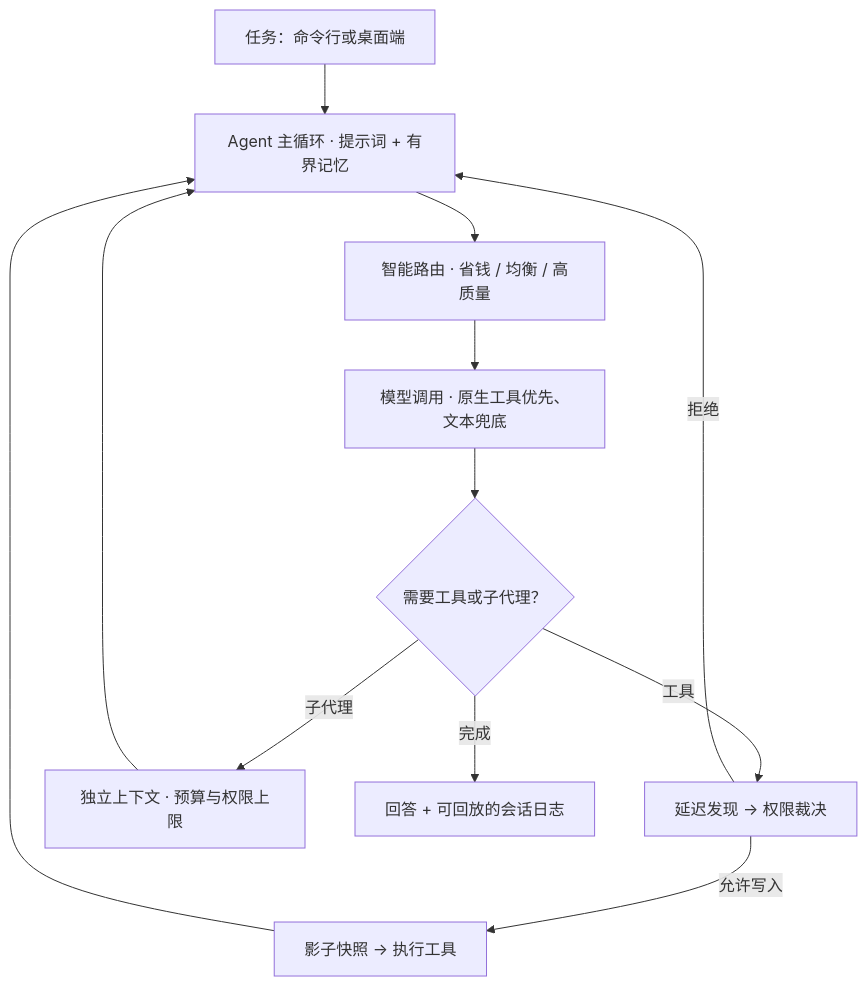
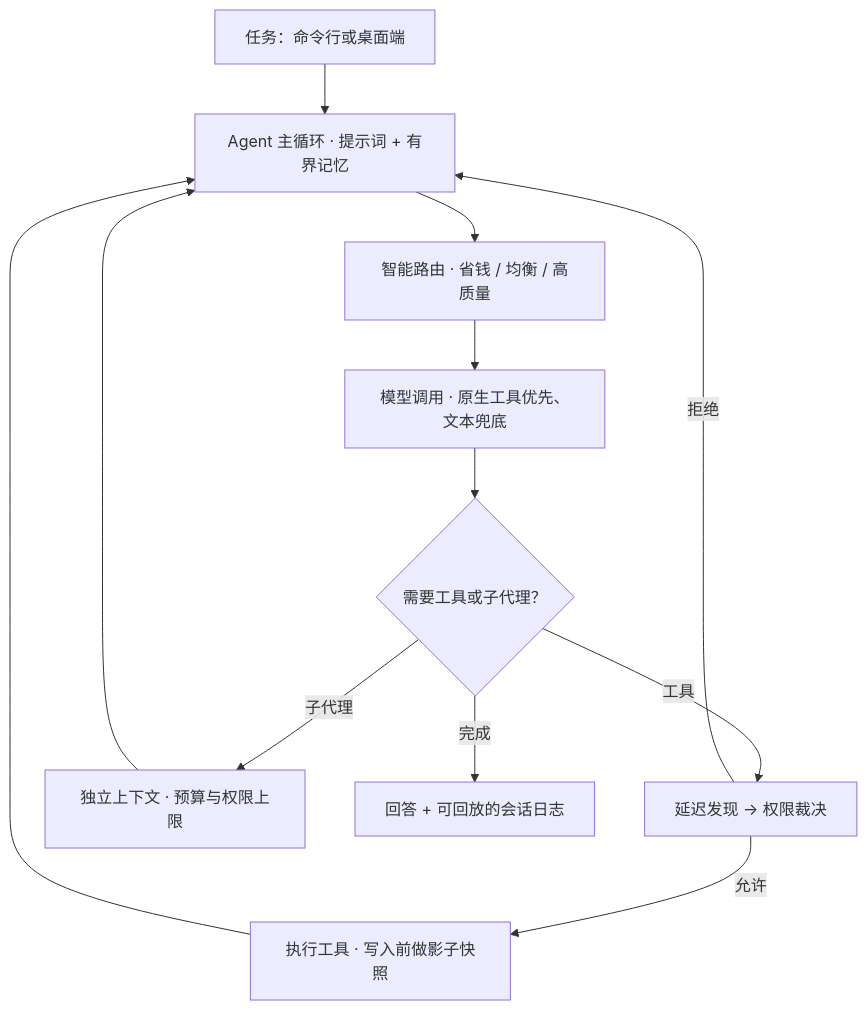
One commit to suyunpledge/pledge-evolving changed the diagram in README.zh.md. Above: the diagram before and after it, drawn with Mermaid.

Commit message:
docs: show read and write tool execution paths

````diff
--- a/README.zh.md
+++ b/README.zh.md
@@ -11,14 +11,14 @@
 ```mermaid
 flowchart TD
     A["任务：命令行或桌面端"] --> B["Agent 主循环 · 提示词 + 有界记忆"]
     B --> C["智能路由 · 省钱 / 均衡 / 高质量"]
     C --> D["模型调用 · 原生工具优先、文本兜底"]
     D --> E{"需要工具或子代理？"}
     E -- 工具 --> F["延迟发现 → 权限裁决"]
-    F -- 允许写入 --> G["影子快照 → 执行工具"]
+    F -- 允许 --> G["执行工具 · 写入前做影子快照"]
     F -- 拒绝 --> B
     E -- 子代理 --> H["独立上下文 · 预算与权限上限"]
     G --> B
     H --> B
     E -- 完成 --> I["回答 + 可回放的会话日志"]
 ```
````
